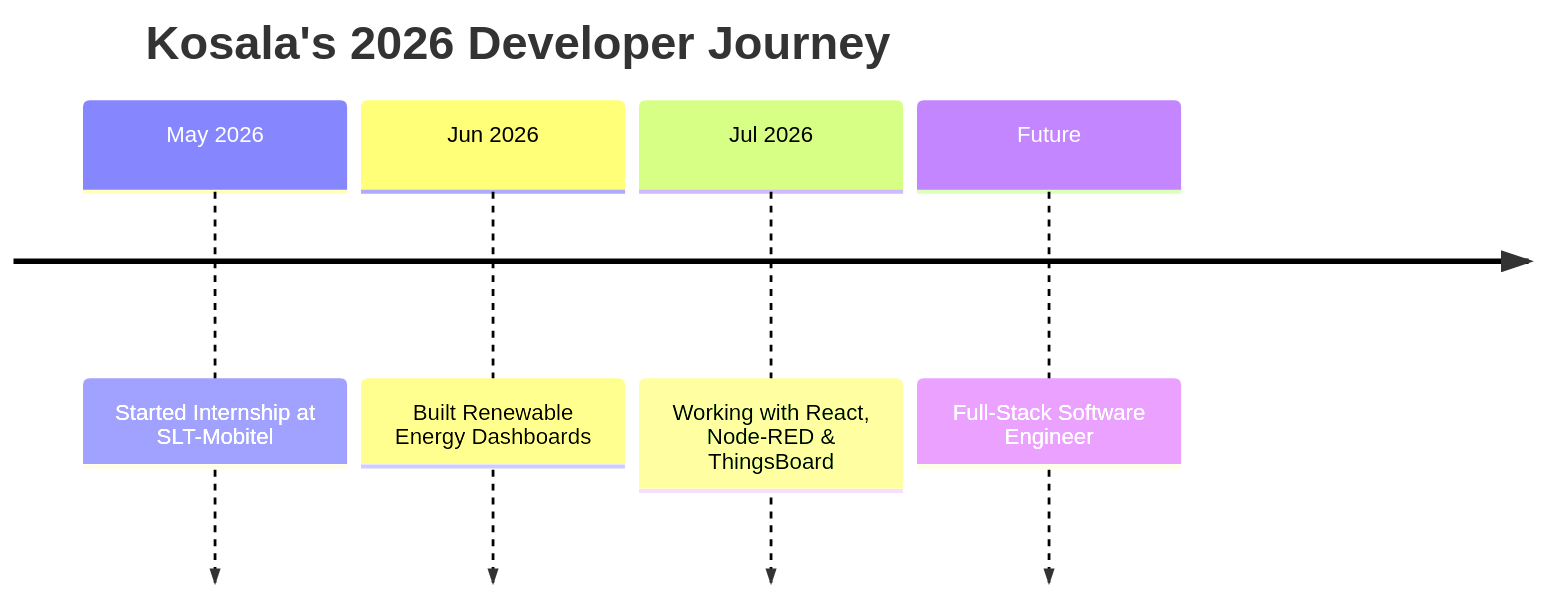
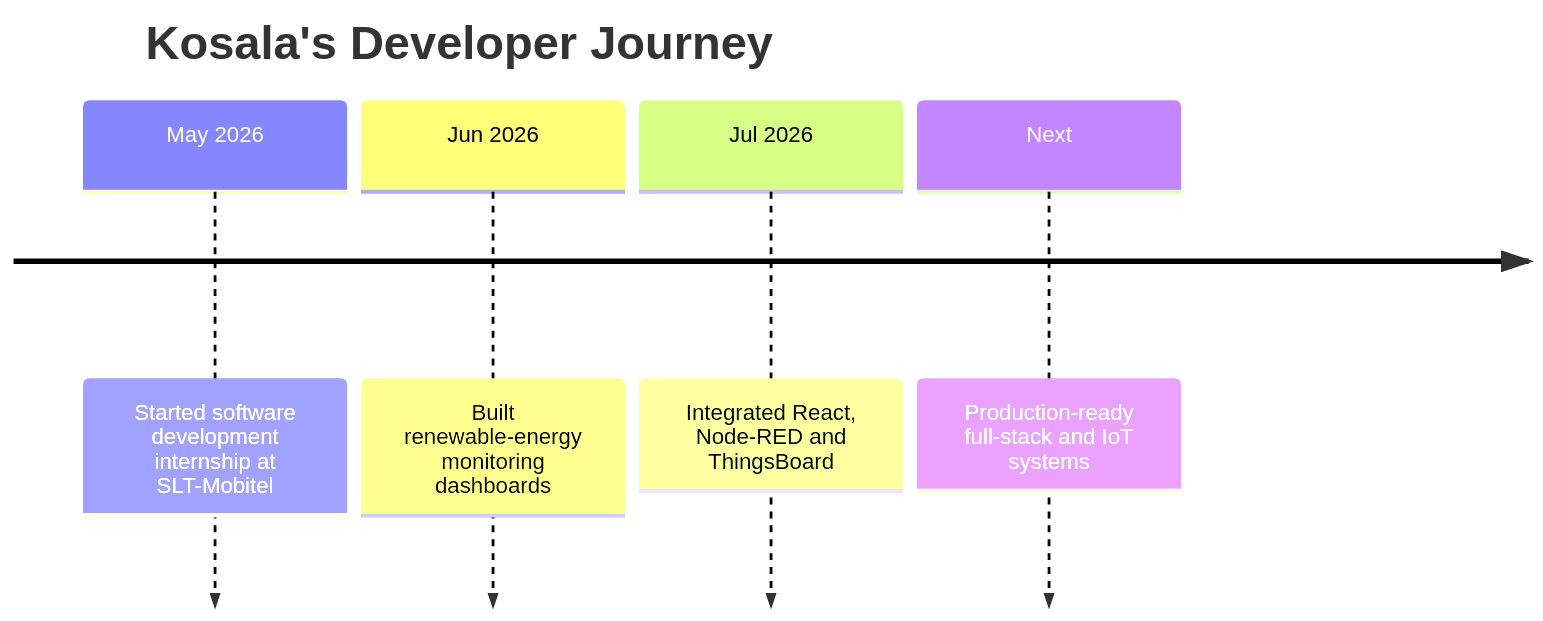
One commit to kosaladathapththu/kosaladathapththu changed the diagram in README.md. Above: the diagram before and after it, drawn with Mermaid. The commit also changed other lines of this file, not shown here.

````diff
--- a/README.md
+++ b/README.md
@@ -386,8 +254,8 @@
 ```mermaid
 timeline
-    title Kosala's 2026 Developer Journey
-    May 2026 : Started Internship at SLT-Mobitel
-    Jun 2026 : Built Renewable Energy Dashboards
-    Jul 2026 : Working with React, Node-RED & ThingsBoard
-    Future   : Full-Stack Software Engineer
+    title Kosala's Developer Journey
+    May 2026 : Started software development internship at SLT-Mobitel
+    Jun 2026 : Built renewable-energy monitoring dashboards
+    Jul 2026 : Integrated React, Node-RED and ThingsBoard
+    Next : Production-ready full-stack and IoT systems
 ```
````
